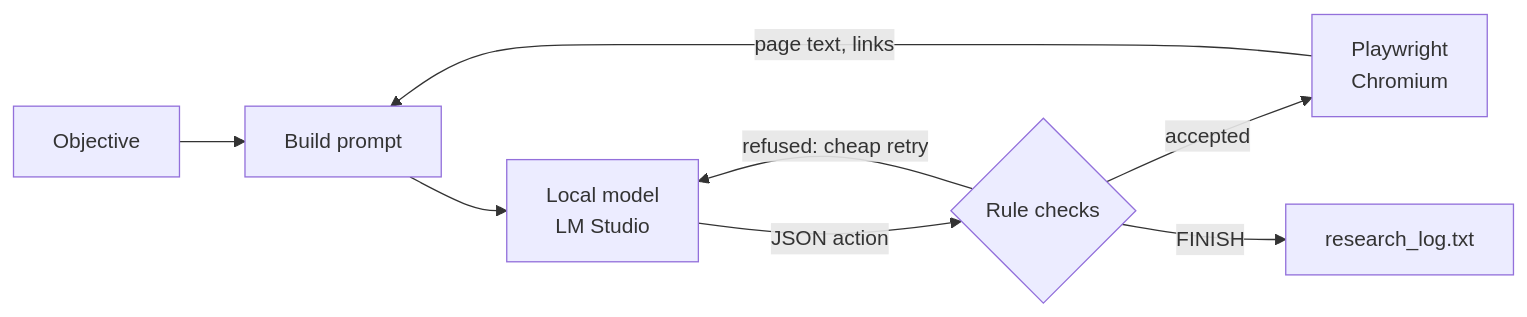
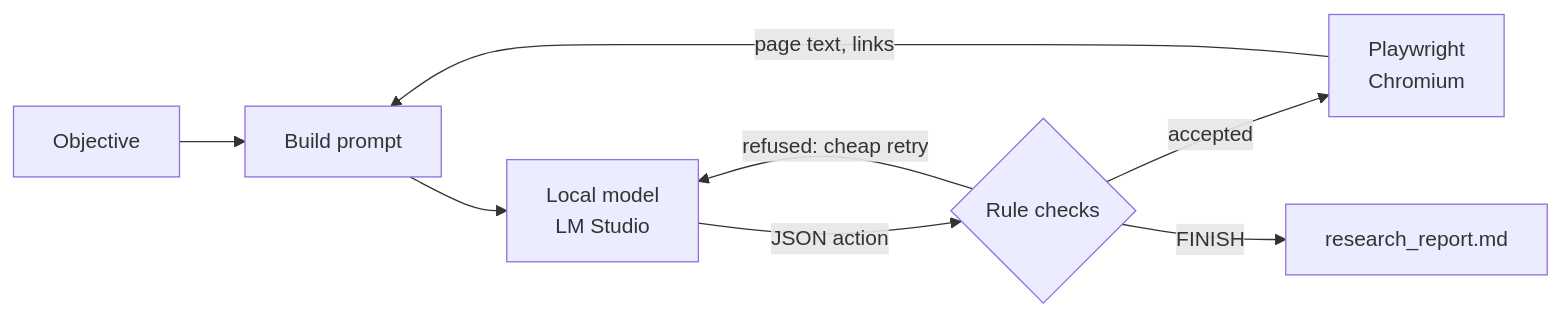
The diagram in README.md (SnowFXXX/LocalAgentBrowser), drawn with Mermaid before and after one commit. The commit also changed other lines of this file and 6 other files, not shown here.

````diff
--- a/README.md
+++ b/README.md
@@ -109,10 +111,10 @@
 ```mermaid
 flowchart LR
     O[Objective] --> P[Build prompt]
     P --> M[Local model<br/>LM Studio]
     M -->|JSON action| C{Rule checks}
     C -->|refused: cheap retry| M
     C -->|accepted| B[Playwright<br/>Chromium]
     B -->|page text, links| P
-    C -->|FINISH| R[research_log.txt]
+    C -->|FINISH| R[research_report.md]
 ```
````
